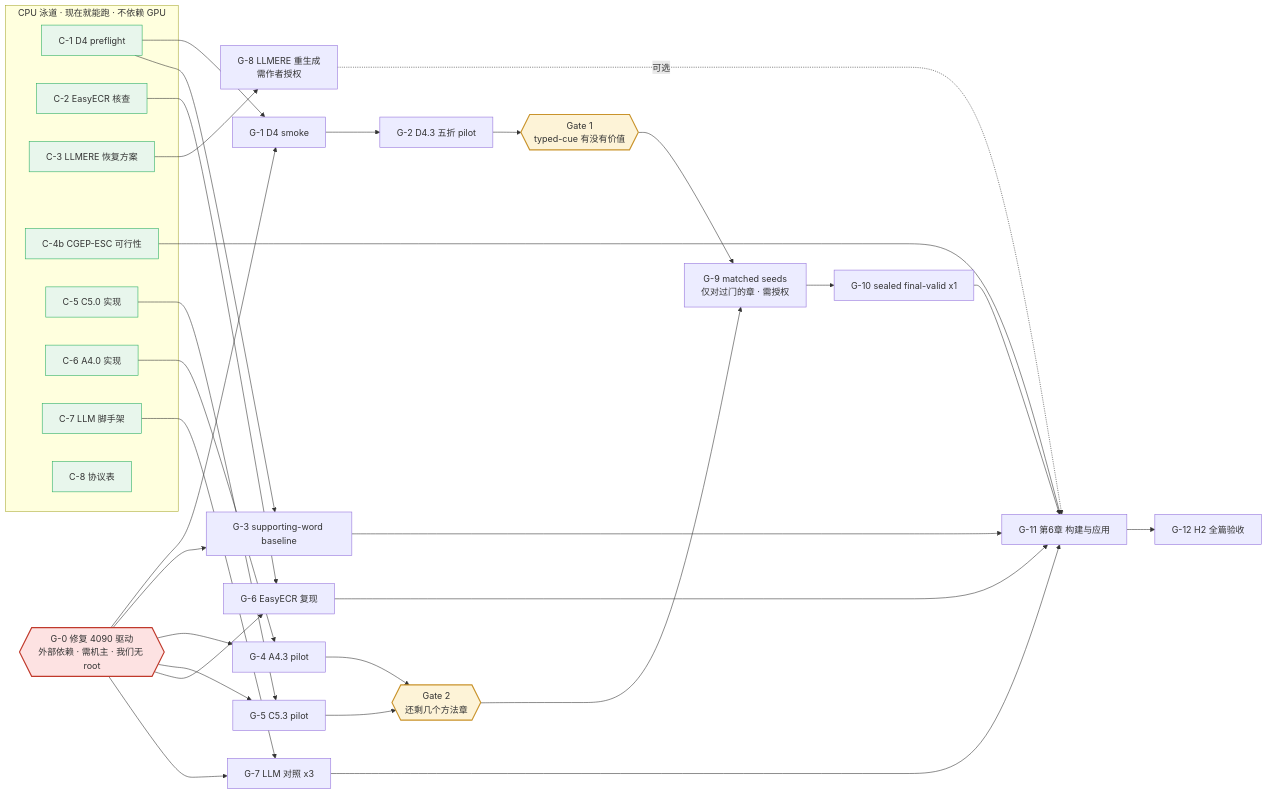
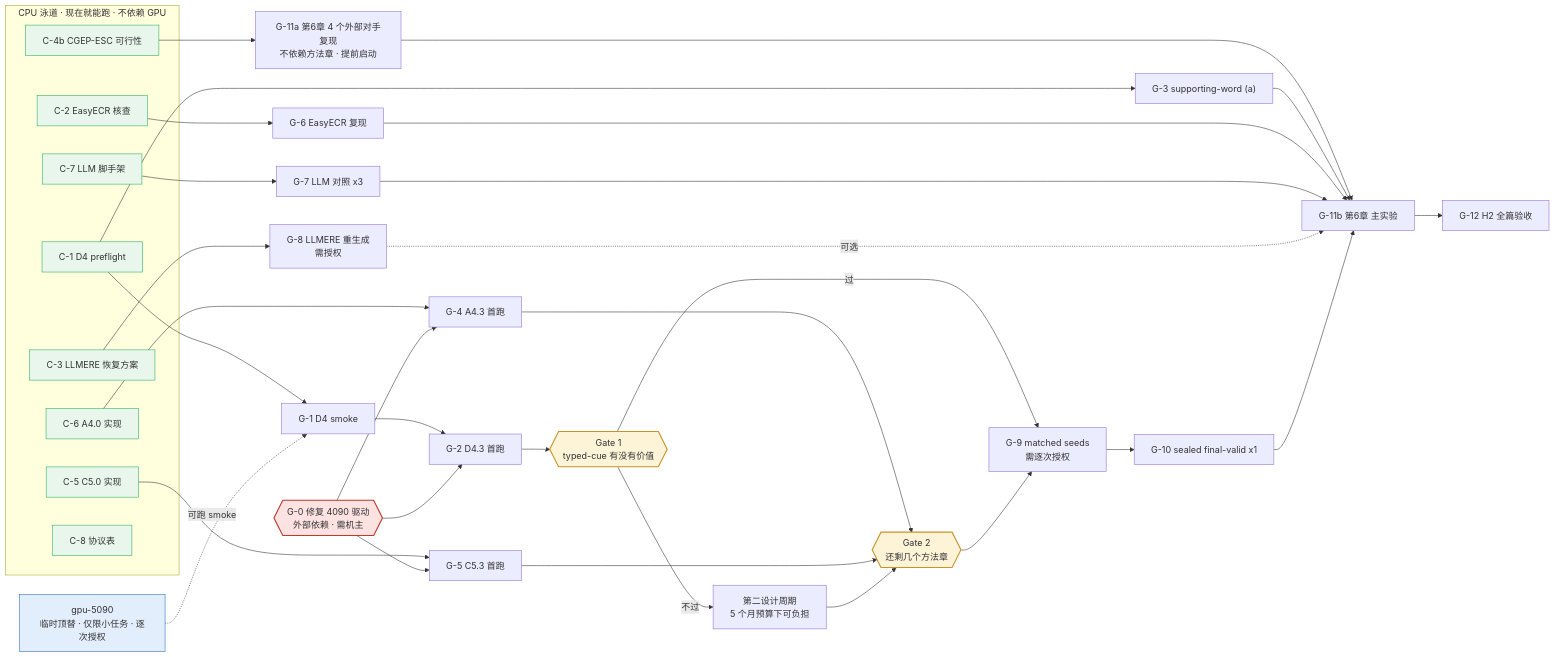
The first of 2 diagrams in docs/EXPERIMENT_PLAN.md (emmmdty/ekg), drawn with Mermaid before and after one commit. The commit also changed other lines of this file and 3 other files, not shown here.

First line of the commit message:
docs: re-estimate the timeline from project base rates and prepare the handoff

````diff
--- a/docs/EXPERIMENT_PLAN.md
+++ b/docs/EXPERIMENT_PLAN.md
@@ -60,51 +83,55 @@
 ```mermaid
 flowchart LR
   subgraph CPU["CPU 泳道 · 现在就能跑 · 不依赖 GPU"]
     C1["C-1 D4 preflight"]
     C2["C-2 EasyECR 核查"]
     C3["C-3 LLMERE 恢复方案"]
     C4b["C-4b CGEP-ESC 可行性"]
     C5["C-5 C5.0 实现"]
     C6["C-6 A4.0 实现"]
     C7["C-7 LLM 脚手架"]
     C8["C-8 协议表"]
   end
 
-  G0{{"G-0 修复 4090 驱动<br/>外部依赖 · 需机主 · 我们无 root"}}
+  G0{{"G-0 修复 4090 驱动<br/>外部依赖 · 需机主"}}
+  S90["gpu-5090<br/>临时顶替 · 仅限小任务 · 逐次授权"]
 
-  C1 --> G1["G-1 D4 smoke"] --> G2["G-2 D4.3 五折 pilot"]
-  G0 --> G1
-  C1 --> G3["G-3 supporting-word baseline"]
-  G0 --> G3
-  C6 --> G4["G-4 A4.3 pilot"]
+  C1 --> G1["G-1 D4 smoke"] --> G2["G-2 D4.3 首跑"]
+  S90 -.可跑 smoke.-> G1
+  G0 --> G2
+  C6 --> G4["G-4 A4.3 首跑"]
+  C5 --> G5["G-5 C5.3 首跑"]
   G0 --> G4
-  C5 --> G5["G-5 C5.3 pilot"]
   G0 --> G5
+  C1 --> G3["G-3 supporting-word (a)"]
   C2 --> G6["G-6 EasyECR 复现"]
-  G0 --> G6
   C7 --> G7["G-7 LLM 对照 x3"]
-  G0 --> G7
-  C3 --> G8["G-8 LLMERE 重生成<br/>需作者授权"]
+  C3 --> G8["G-8 LLMERE 重生成<br/>需授权"]
 
   G2 --> GATE1{{"Gate 1<br/>typed-cue 有没有价值"}}
-  GATE1 --> G9["G-9 matched seeds<br/>仅对过门的章 · 需授权"]
+  GATE1 -->|不过| CYC["第二设计周期<br/>5 个月预算下可负担"]
+  GATE1 -->|过| G9["G-9 matched seeds<br/>需逐次授权"]
   G4 --> GATE2{{"Gate 2<br/>还剩几个方法章"}}
   G5 --> GATE2
   GATE2 --> G9
+  CYC --> GATE2
   G9 --> G10["G-10 sealed final-valid x1"]
 
-  C4b --> G11["G-11 第6章 构建与应用"]
-  G3 --> G11
-  G6 --> G11
-  G7 --> G11
-  G8 -.可选.-> G11
-  G10 --> G11
-  G11 --> G12["G-12 H2 全篇验收"]
+  C4b --> G11a["G-11a 第6章 4 个外部对手复现<br/>不依赖方法章 · 提前启动"]
+  G11a --> G11b["G-11b 第6章 主实验"]
+  G3 --> G11b
+  G6 --> G11b
+  G7 --> G11b
+  G8 -.可选.-> G11b
+  G10 --> G11b
+  G11b --> G12["G-12 H2 全篇验收"]
 
   classDef blocked fill:#fde2e2,stroke:#c0392b,stroke-width:2px
   classDef ready fill:#e8f6ec,stroke:#27ae60
   classDef gate fill:#fdf3d7,stroke:#c9932b,stroke-width:2px
+  classDef temp fill:#e3eefc,stroke:#2c6fbb
   class G0 blocked
   class C1,C2,C3,C4b,C5,C6,C7,C8 ready
   class GATE1,GATE2 gate
+  class S90 temp
 ```
````
